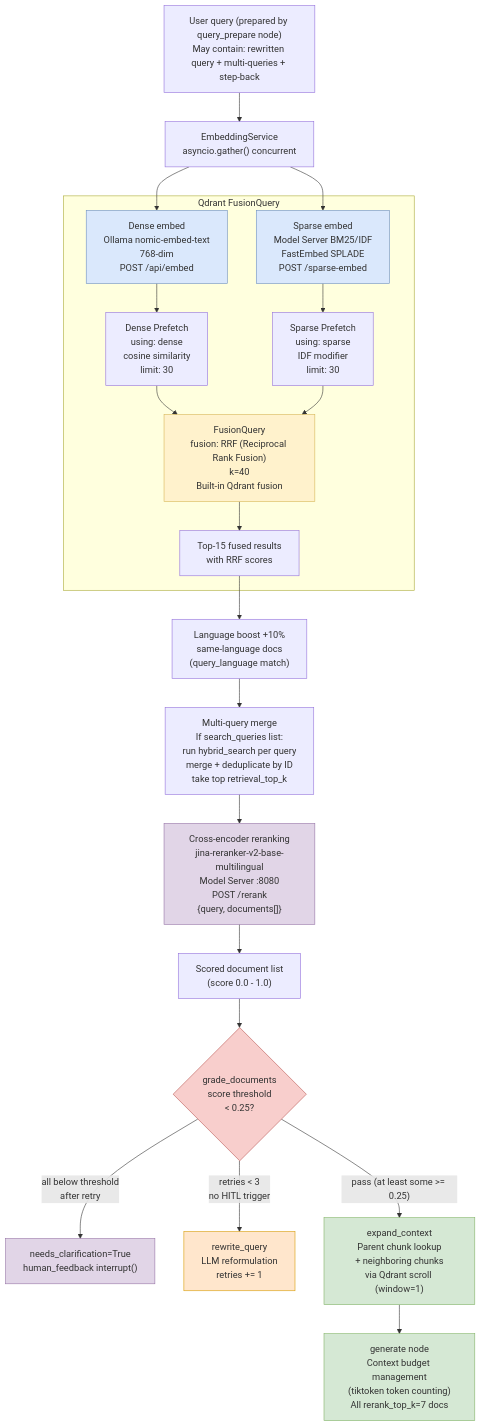
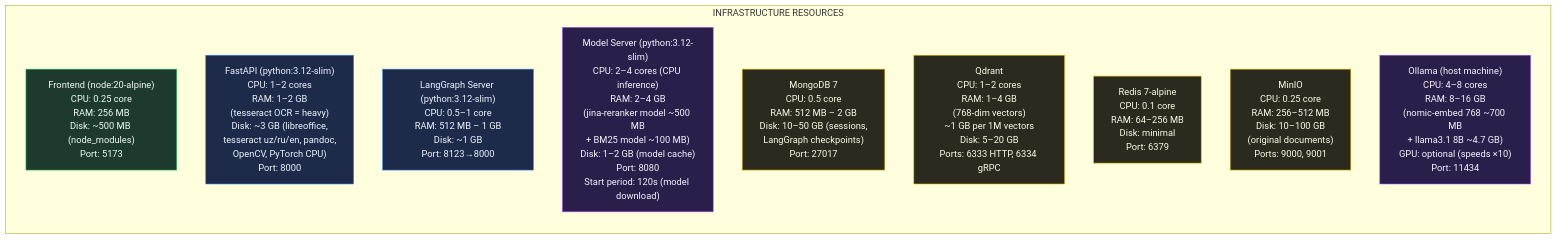
One commit to baxromov/agentic-rag changed the seventh of 11 diagrams in docs/architecture.md. Above: the diagram before and after it, drawn with Mermaid. The commit also changed other lines of this file and 19 other files, not shown here.

````diff
--- a/docs/architecture.md
+++ b/docs/architecture.md
@@ -339,39 +428,34 @@
 ```mermaid
-flowchart TD
-    Query["User query (prepared by query_prepare node)\nMay contain: rewritten query + multi-queries + step-back"] --> Embed
+graph LR
+    subgraph INFRA["INFRASTRUCTURE RESOURCES"]
+        direction TB
 
-    Embed["EmbeddingService\nasyncio.gather() concurrent"]
-    Embed --> DenseEmbed["Dense embed\nOllama nomic-embed-text\n768-dim\nPOST /api/embed"]
-    Embed --> SparseEmbed["Sparse embed\nModel Server BM25/IDF\nFastEmbed SPLADE\nPOST /sparse-embed"]
+        FE_R["Frontend (node:20-alpine)\nCPU: 0.25 core\nRAM: 256 MB\nDisk: ~500 MB (node_modules)\nPort: 5173"]
 
-    subgraph Qdrant FusionQuery
-        DenseEmbed --> DensePrefetch["Dense Prefetch\nusing: dense\ncosine similarity\nlimit: 30"]
-        SparseEmbed --> SparsePrefetch["Sparse Prefetch\nusing: sparse\nIDF modifier\nlimit: 30"]
-        DensePrefetch --> RRF["FusionQuery\nfusion: RRF (Reciprocal Rank Fusion)\nk=40\nBuilt-in Qdrant fusion"]
-        SparsePrefetch --> RRF
-        RRF --> TopK["Top-15 fused results\nwith RRF scores"]
+        API_R["FastAPI (python:3.12-slim)\nCPU: 1–2 cores\nRAM: 1–2 GB\n(tesseract OCR = heavy)\nDisk: ~3 GB (libreoffice,\ntesseract uz/ru/en, pandoc,\nOpenCV, PyTorch CPU)\nPort: 8000"]
+
+        LG_R["LangGraph Server (python:3.12-slim)\nCPU: 0.5–1 core\nRAM: 512 MB – 1 GB\nDisk: ~1 GB\nPort: 8123→8000"]
+
+        MS_R["Model Server (python:3.12-slim)\nCPU: 2–4 cores (CPU inference)\nRAM: 2–4 GB\n(jina-reranker model ~500 MB\n+ BM25 model ~100 MB)\nDisk: 1–2 GB (model cache)\nPort: 8080\nStart period: 120s (model download)"]
+
+        MONGO_R["MongoDB 7\nCPU: 0.5 core\nRAM: 512 MB – 2 GB\nDisk: 10–50 GB (sessions,\nLangGraph checkpoints)\nPort: 27017"]
+
+        QDRANT_R["Qdrant\nCPU: 1–2 cores\nRAM: 1–4 GB\n(768-dim vectors)\n~1 GB per 1M vectors\nDisk: 5–20 GB\nPorts: 6333 HTTP, 6334 gRPC"]
+
+        REDIS_R["Redis 7-alpine\nCPU: 0.1 core\nRAM: 64–256 MB\nDisk: minimal\nPort: 6379"]
+
+        MINIO_R["MinIO\nCPU: 0.25 core\nRAM: 256–512 MB\nDisk: 10–100 GB\n(original documents)\nPorts: 9000, 9001"]
+
+        OLLAMA_R["Ollama (host machine)\nCPU: 4–8 cores\nRAM: 8–16 GB\n(nomic-embed 768 ~700 MB\n+ llama3.1 8B ~4.7 GB)\nGPU: optional (speeds ×10)\nPort: 11434"]
     end
 
-    TopK --> LangBoost["Language boost +10%\nsame-language docs\n(query_language match)"]
-    LangBoost --> MultiQuery["Multi-query merge\nIf search_queries list:\nrun hybrid_search per query\nmerge + deduplicate by ID\ntake top retrieval_top_k"]
-
-    MultiQuery --> Reranker["Cross-encoder reranking\njina-reranker-v2-base-multilingual\nModel Server :8080\nPOST /rerank\n{query, documents[]}"]
-    Reranker --> Scored["Scored document list\n(score 0.0 - 1.0)"]
-
-    Scored --> Threshold{"grade_documents\nscore threshold\n< 0.25?"}
-    Threshold -->|"all below threshold\nafter retry"| HITL["needs_clarification=True\nhuman_feedback interrupt()"]
-    Threshold -->|"retries < 3\nno HITL trigger"| Retry["rewrite_query\nLLM reformulation\nretries += 1"]
-    Threshold -->|"pass (at least some >= 0.25)"| Expand["expand_context\nParent chunk lookup\n+ neighboring chunks\nvia Qdrant scroll (window=1)"]
-
-    Expand --> Generate["generate node\nContext budget management\n(tiktoken token counting)\nAll rerank_top_k=7 docs"]
-
-    style DenseEmbed fill:#dae8fc,stroke:#6c8ebf
-    style SparseEmbed fill:#dae8fc,stroke:#6c8ebf
-    style RRF fill:#fff2cc,stroke:#d6b656
-    style Reranker fill:#e1d5e7,stroke:#9673a6
-    style Threshold fill:#f8cecc,stroke:#b85450
-    style HITL fill:#e1d5e7,stroke:#9673a6
-    style Expand fill:#d5e8d4,stroke:#82b366
-    style Generate fill:#d5e8d4,stroke:#82b366
-    style Retry fill:#ffe6cc,stroke:#d79b00
+    style FE_R fill:#1e3a2f,stroke:#22c55e,color:#f0fdf4
+    style API_R fill:#1e2a4a,stroke:#3b82f6,color:#eff6ff
+    style LG_R fill:#1e2a4a,stroke:#3b82f6,color:#eff6ff
+    style MS_R fill:#2a1e4a,stroke:#a855f7,color:#faf5ff
+    style MONGO_R fill:#2a2a1e,stroke:#eab308,color:#fefce8
+    style QDRANT_R fill:#2a2a1e,stroke:#eab308,color:#fefce8
+    style REDIS_R fill:#2a2a1e,stroke:#eab308,color:#fefce8
+    style MINIO_R fill:#2a2a1e,stroke:#eab308,color:#fefce8
+    style OLLAMA_R fill:#2a1e4a,stroke:#a855f7,color:#faf5ff
 ```
````
